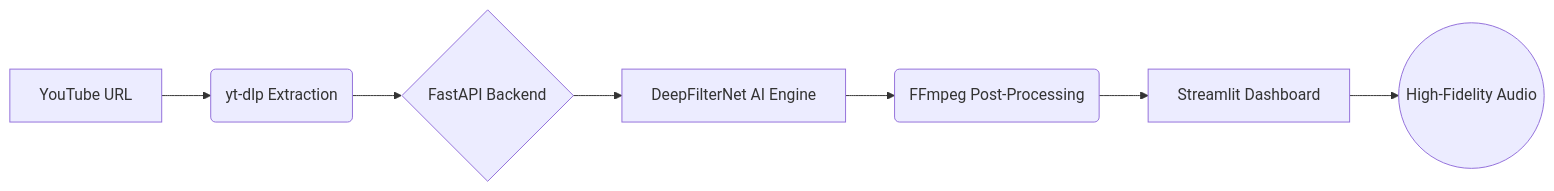
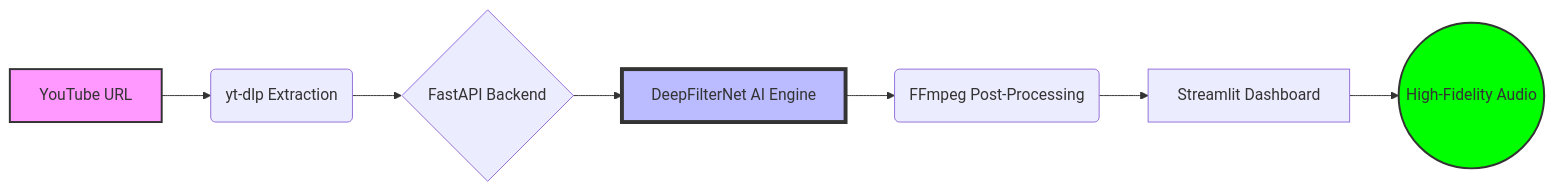
Before and after one commit to rudrakant20250043-lgtm/Lexis-AI: the diagram in README.md, drawn with Mermaid. The commit also changed other lines of this file, not shown here.

````diff
--- a/README.md
+++ b/README.md
@@ -56,9 +48,13 @@
 ```mermaid
 graph LR
     A[YouTube URL] --> B(yt-dlp Extraction)
     B --> C{FastAPI Backend}
     C --> D[DeepFilterNet AI Engine]
     D --> E(FFmpeg Post-Processing)
     E --> F[Streamlit Dashboard]
     F --> G((High-Fidelity Audio))
+    
+    style A fill:#f9f,stroke:#333,stroke-width:2px
+    style D fill:#bbf,stroke:#333,stroke-width:4px
+    style G fill:#00ff00,stroke:#333,stroke-width:2px
 ```
````
